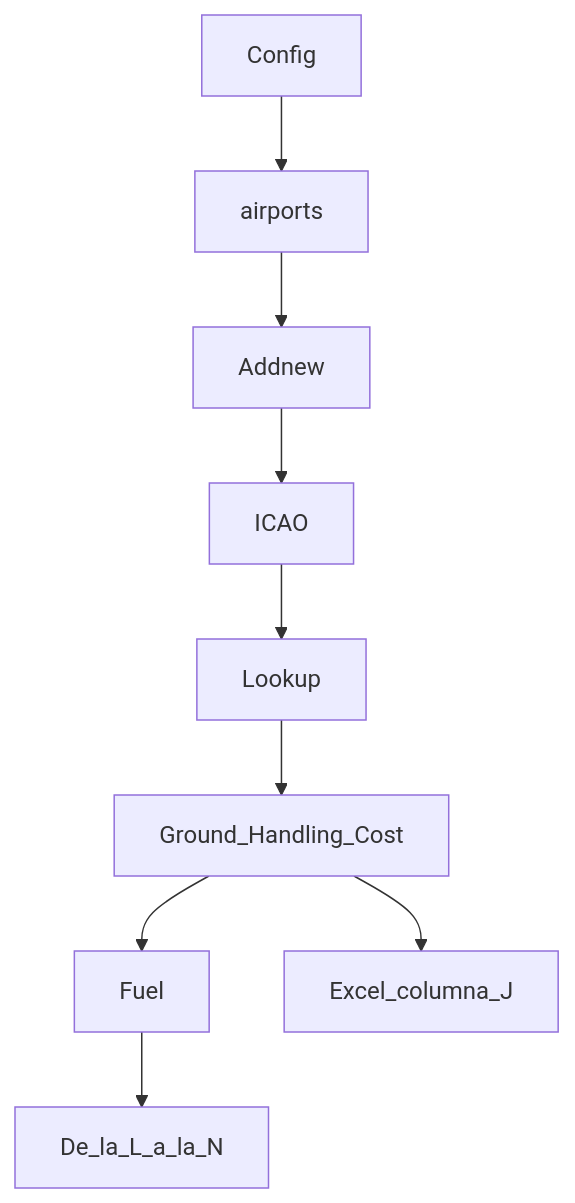
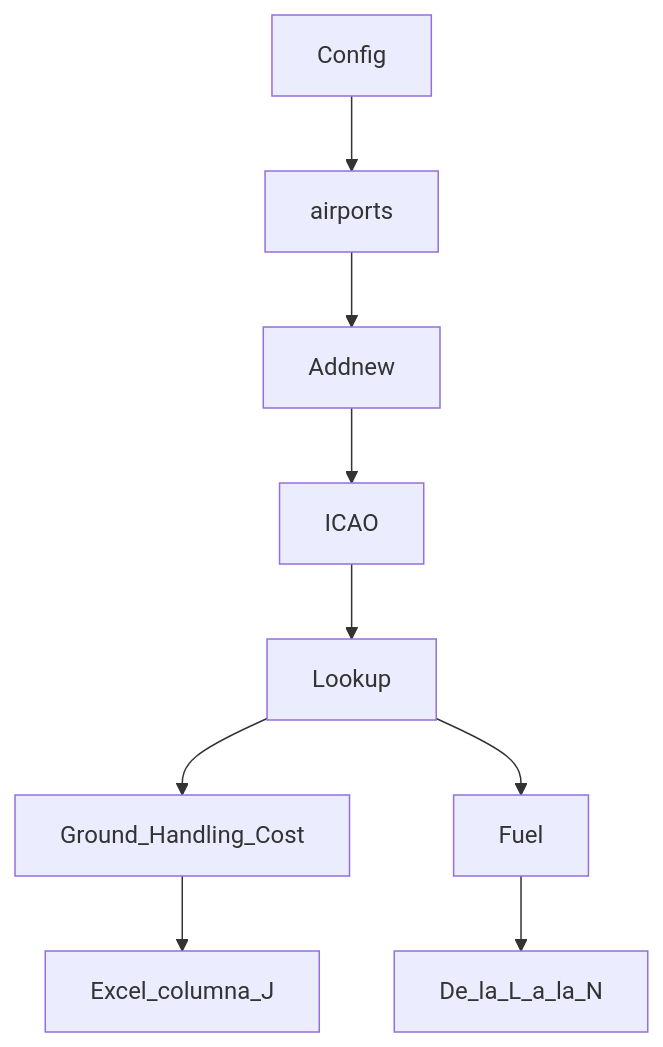
One commit to avs-code/Spark_surveillance_robot changed the diagram in flowdiagram.md. Above: the diagram before and after it, drawn with Mermaid.

````diff
--- a/flowdiagram.md
+++ b/flowdiagram.md
@@ -1,10 +1,11 @@
 ```mermaid
 graph TD;
 Config-->airports;
 airports-->Addnew;
 Addnew-->ICAO;
 ICAO-->Lookup;
-Lookup-->Ground_Handling_Cost-->Fuel;
+Lookup-->Ground_Handling_Cost;
+Lookup-->Fuel
 Ground_Handling_Cost-->Excel_columna_J;
 Fuel-->De_la_L_a_la_N;
 ```
````
